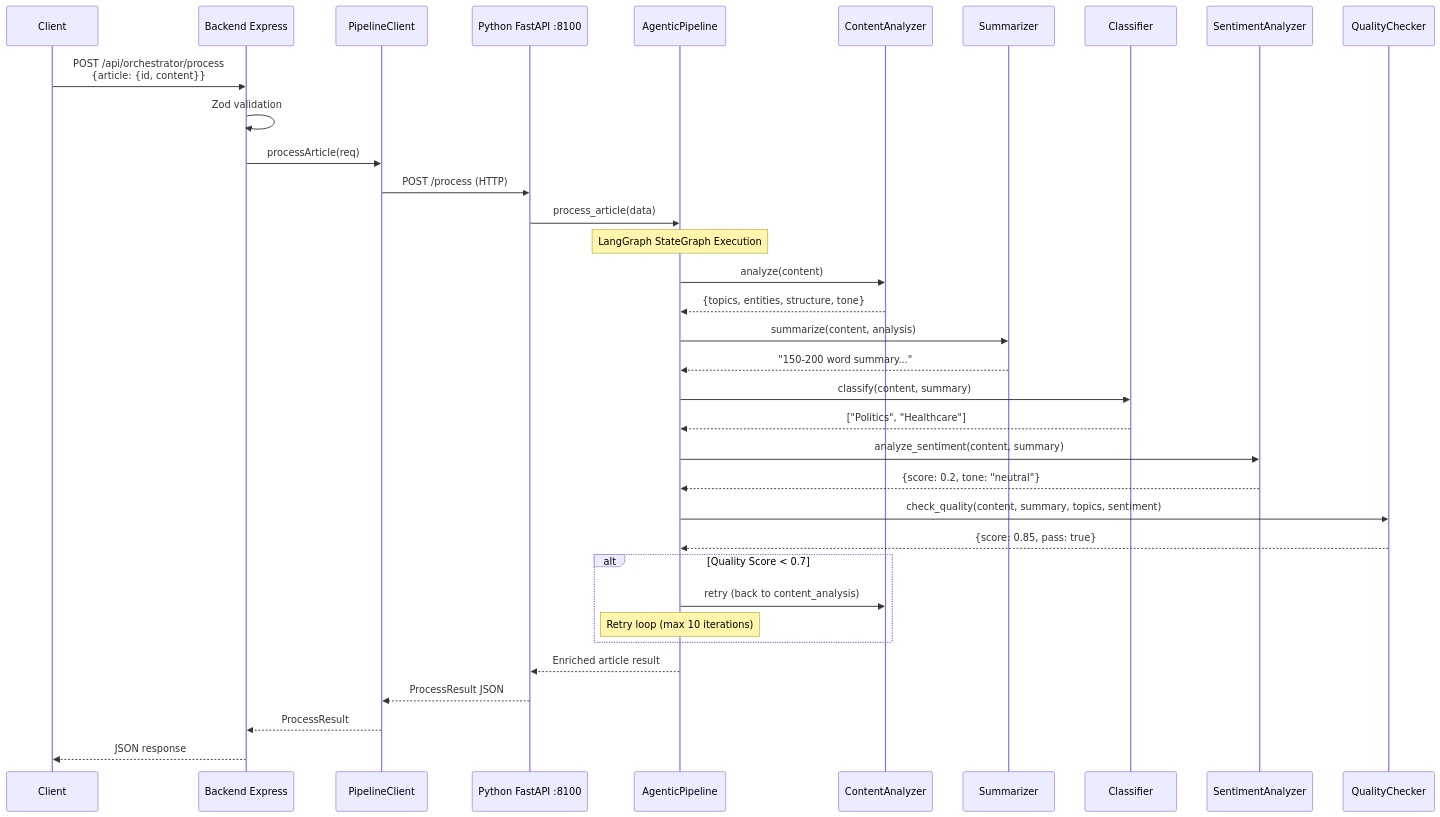
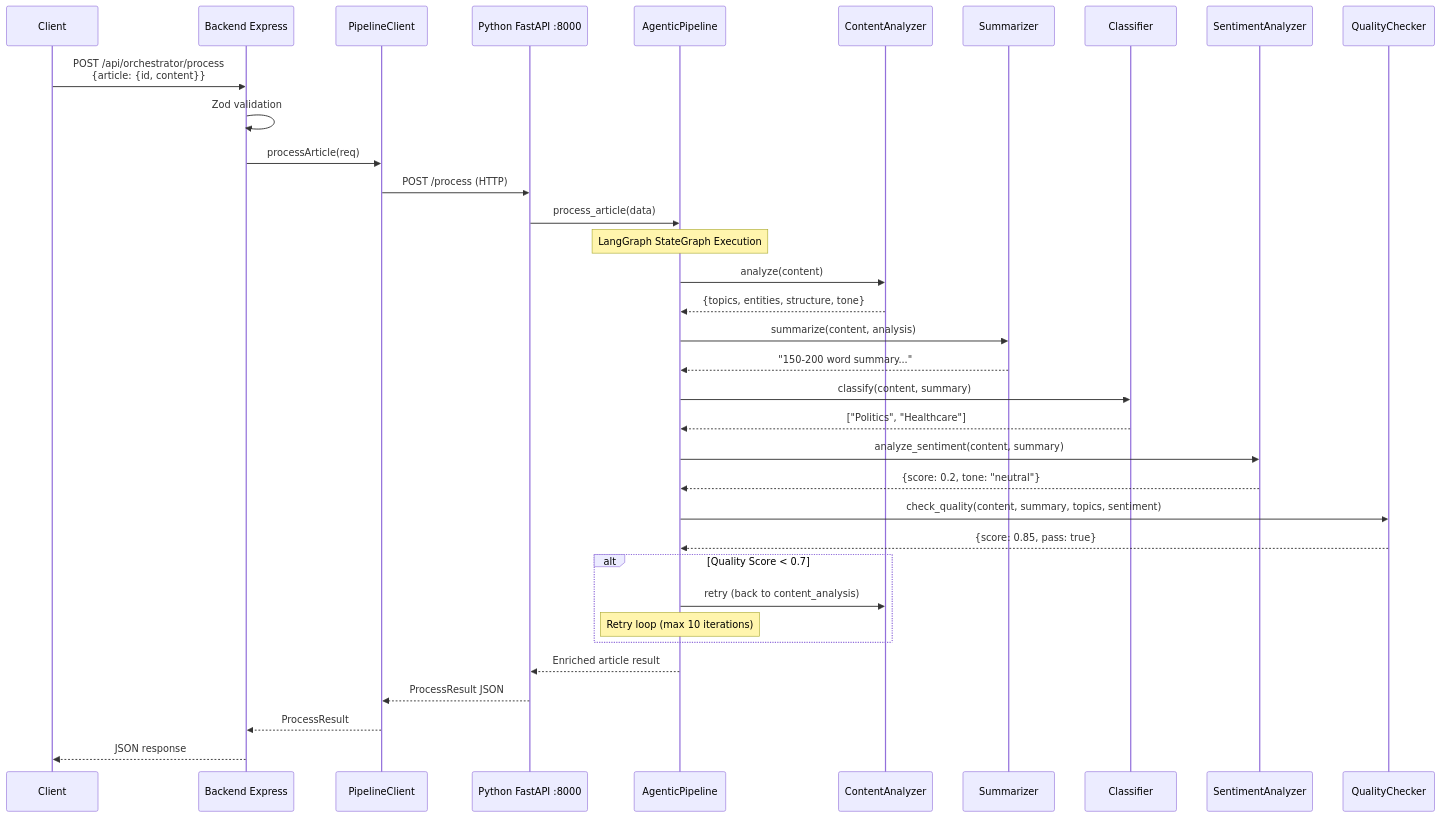
The third of 20 diagrams in AI_ML.md (hoangsonww/AI-Gov-Content-Curator), drawn with Mermaid before and after one commit. The commit also changed other lines of this file and 55 other files, not shown here.

````diff
--- a/AI_ML.md
+++ b/AI_ML.md
@@ -223,46 +223,46 @@
 ```mermaid
 sequenceDiagram
     participant Client
     participant Backend as Backend Express
     participant Bridge as PipelineClient
-    participant FastAPI as Python FastAPI :8100
+    participant FastAPI as Python FastAPI :8000
     participant Pipeline as AgenticPipeline
     participant CA as ContentAnalyzer
     participant SUM as Summarizer
     participant CLS as Classifier
     participant SA as SentimentAnalyzer
     participant QC as QualityChecker
 
     Client->>Backend: POST /api/orchestrator/process<br/>{article: {id, content}}
     Backend->>Backend: Zod validation
     Backend->>Bridge: processArticle(req)
     Bridge->>FastAPI: POST /process (HTTP)
 
     FastAPI->>Pipeline: process_article(data)
 
     Note over Pipeline: LangGraph StateGraph Execution
     Pipeline->>CA: analyze(content)
     CA-->>Pipeline: {topics, entities, structure, tone}
 
     Pipeline->>SUM: summarize(content, analysis)
     SUM-->>Pipeline: "150-200 word summary..."
 
     Pipeline->>CLS: classify(content, summary)
     CLS-->>Pipeline: ["Politics", "Healthcare"]
 
     Pipeline->>SA: analyze_sentiment(content, summary)
     SA-->>Pipeline: {score: 0.2, tone: "neutral"}
 
     Pipeline->>QC: check_quality(content, summary, topics, sentiment)
     QC-->>Pipeline: {score: 0.85, pass: true}
 
     alt Quality Score < 0.7
         Pipeline->>CA: retry (back to content_analysis)
         Note over Pipeline: Retry loop (max 10 iterations)
     end
 
     Pipeline-->>FastAPI: Enriched article result
     FastAPI-->>Bridge: ProcessResult JSON
     Bridge-->>Backend: ProcessResult
     Backend-->>Client: JSON response
 ```
````
